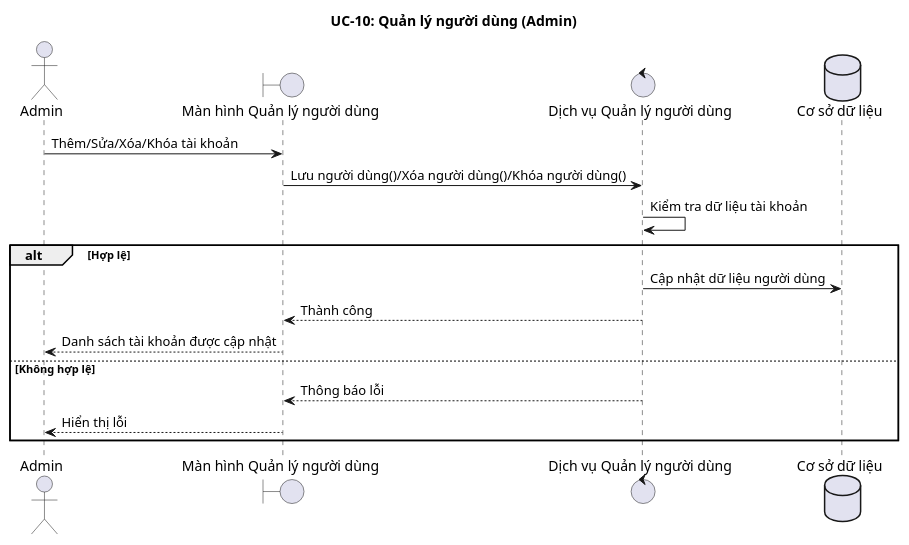
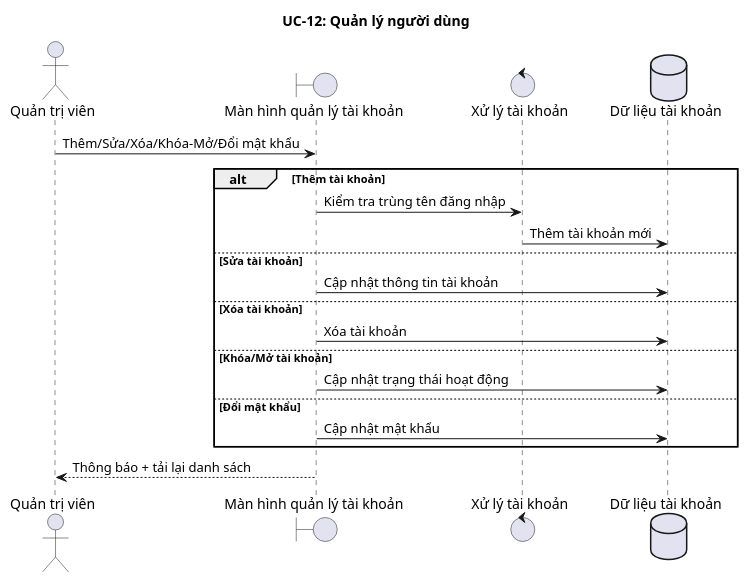
Diagram 12 of 14 in docs/SEQUENCE_UC_DA_LAM.md (TienDungwork/Nhom3_PTTK-HTTT), drawn with PlantUML before and after one commit. The commit also changed other lines of this file and 22 other files, not shown here.

````diff
--- a/docs/SEQUENCE_UC_DA_LAM.md
+++ b/docs/SEQUENCE_UC_DA_LAM.md
@@ -246,23 +309,27 @@
 ```puml
 @startuml
-title UC-10: Quản lý người dùng (Admin)
+title UC-12: Quản lý người dùng
 
-actor Admin
-boundary AccountUI as "Màn hình Quản lý người dùng"
-control UserService as "Dịch vụ Quản lý người dùng"
-database UserStore as "Cơ sở dữ liệu"
+actor QuanTriVien as "Quản trị viên"
+boundary ManHinhTaiKhoan as "Màn hình quản lý tài khoản"
+control XuLyTaiKhoan as "Xử lý tài khoản"
+database DuLieuTaiKhoan as "Dữ liệu tài khoản"
 
-Admin -> AccountUI: Thêm/Sửa/Xóa/Khóa tài khoản
-AccountUI -> UserService: Lưu người dùng()/Xóa người dùng()/Khóa người dùng()
-UserService -> UserService: Kiểm tra dữ liệu tài khoản
+QuanTriVien -> ManHinhTaiKhoan: Thêm/Sửa/Xóa/Khóa-Mở/Đổi mật khẩu
 
-alt Hợp lệ
-  UserService -> UserStore: Cập nhật dữ liệu người dùng
-  UserService --> AccountUI: Thành công
-  AccountUI --> Admin: Danh sách tài khoản được cập nhật
-else Không hợp lệ
-  UserService --> AccountUI: Thông báo lỗi
-  AccountUI --> Admin: Hiển thị lỗi
+alt Thêm tài khoản
+  ManHinhTaiKhoan -> XuLyTaiKhoan: Kiểm tra trùng tên đăng nhập
+  XuLyTaiKhoan -> DuLieuTaiKhoan: Thêm tài khoản mới
+else Sửa tài khoản
+  ManHinhTaiKhoan -> DuLieuTaiKhoan: Cập nhật thông tin tài khoản
+else Xóa tài khoản
+  ManHinhTaiKhoan -> DuLieuTaiKhoan: Xóa tài khoản
+else Khóa/Mở tài khoản
+  ManHinhTaiKhoan -> DuLieuTaiKhoan: Cập nhật trạng thái hoạt động
+else Đổi mật khẩu
+  ManHinhTaiKhoan -> DuLieuTaiKhoan: Cập nhật mật khẩu
 end
+
+ManHinhTaiKhoan --> QuanTriVien: Thông báo + tải lại danh sách
 @enduml
 ```
````
